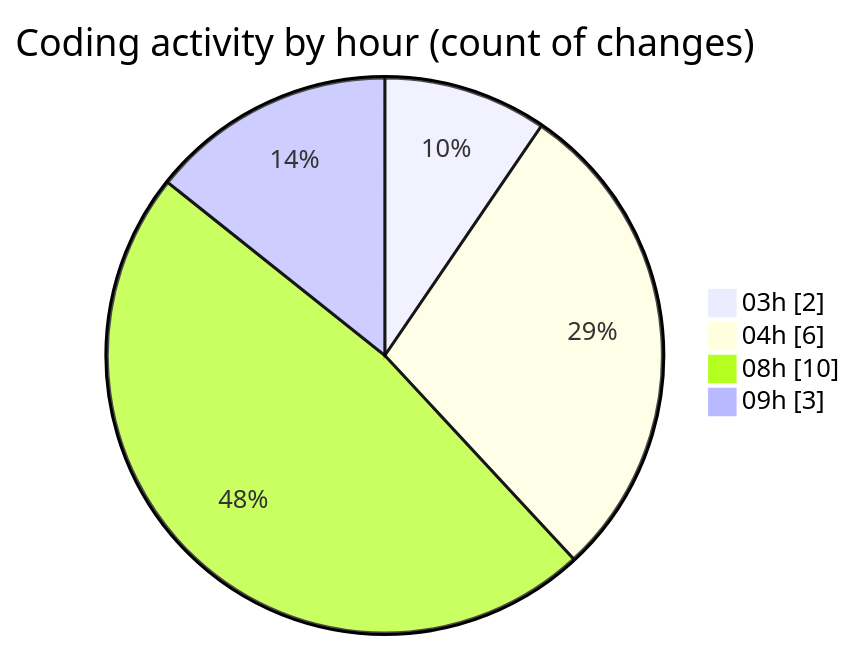
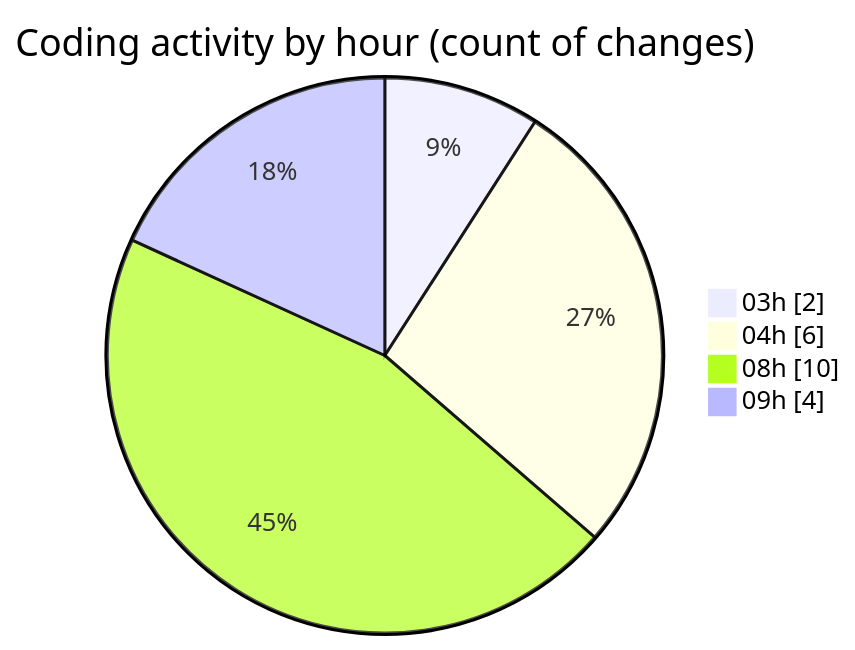
One commit to tmsrecording-cyber/code-tracking changed the second of 2 diagrams in 2026-02-07/singularitybrainai/README.md. Above: the diagram before and after it, drawn with Mermaid. The commit also changed other lines of this file and 1 other file, not shown here.

````diff
--- a/2026-02-07/singularitybrainai/README.md
+++ b/2026-02-07/singularitybrainai/README.md
@@ -34,8 +34,8 @@
 ```mermaid
 pie showData
 title Coding activity by hour (count of changes)
 "03h" : 2
 "04h" : 6
 "08h" : 10
-"09h" : 3
+"09h" : 4
 ```
````
